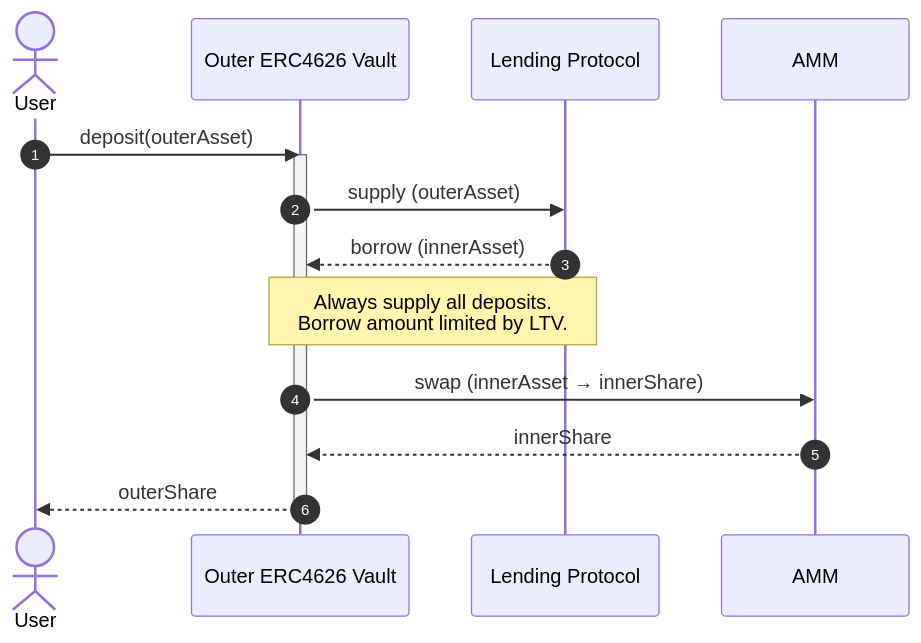
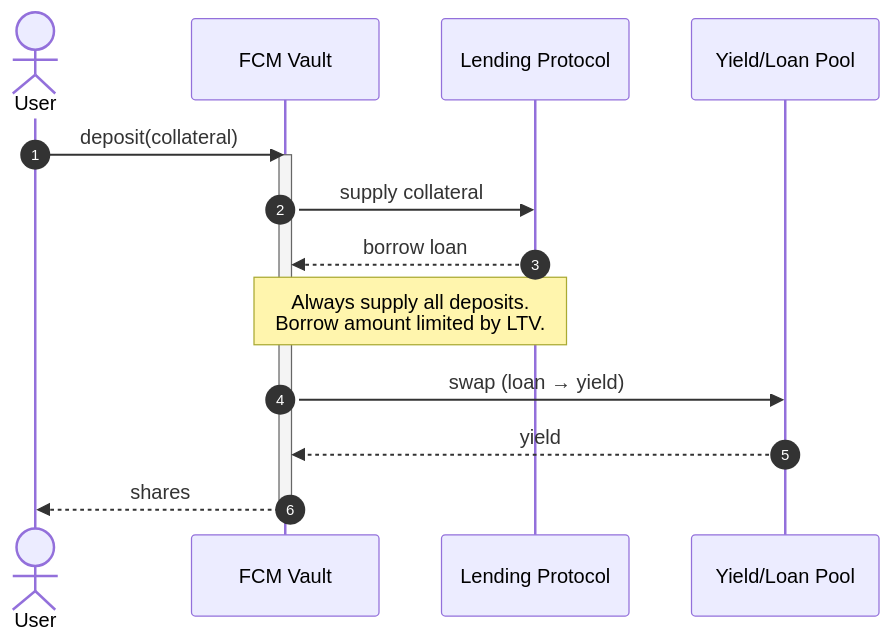
One commit to onflow/fcm-core changed the second of 3 diagrams in docs/architecture.md. Above: the diagram before and after it, drawn with Mermaid. The commit also changed other lines of this file and 2 other files, not shown here.

````diff
--- a/docs/architecture.md
+++ b/docs/architecture.md
@@ -327,21 +297,21 @@
 ```mermaid
 sequenceDiagram
       autonumber
       actor User
-      participant Outer as Outer ERC4626 Vault
+      participant FCM as FCM Vault
       participant Lender as Lending Protocol
-      participant Dex as AMM
+      participant Dex as Yield/Loan Pool
 
-      User->>Outer: deposit(outerAsset)
-      activate Outer
+      User->>FCM: deposit(collateral)
+      activate FCM
 
-      Outer->>Lender: supply (outerAsset)
-      Lender-->>Outer: borrow (innerAsset)
-      Note over Lender,Outer: Always supply all deposits. <br />Borrow amount limited by LTV.
+      FCM->>Lender: supply collateral
+      Lender-->>FCM: borrow loan
+      Note over Lender,FCM: Always supply all deposits. <br />Borrow amount limited by LTV.
 
-      Outer->>Dex: swap (innerAsset → innerShare)
-      Dex-->>Outer: innerShare
+      FCM->>Dex: swap (loan → yield)
+      Dex-->>FCM: yield
 
-      Outer-->>User: outerShare
-      deactivate Outer
+      FCM-->>User: shares
+      deactivate FCM
 ```
````
